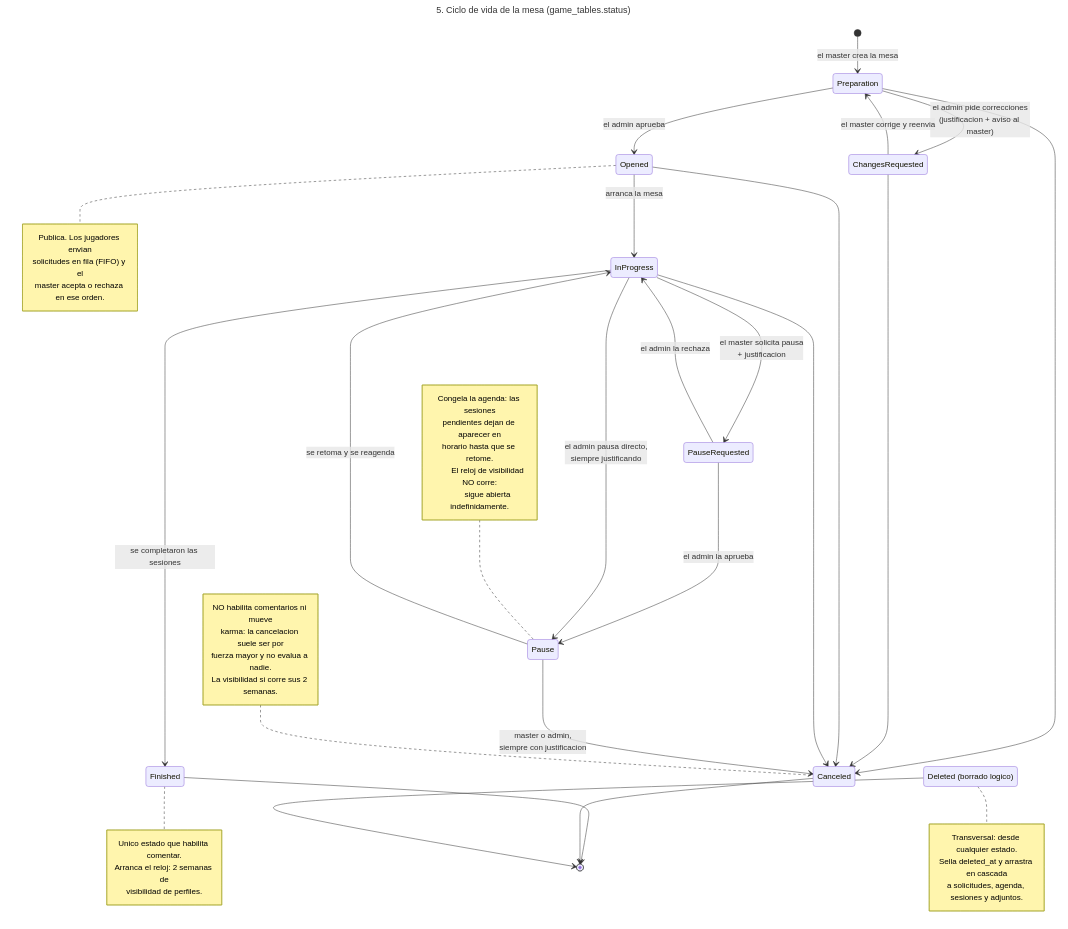
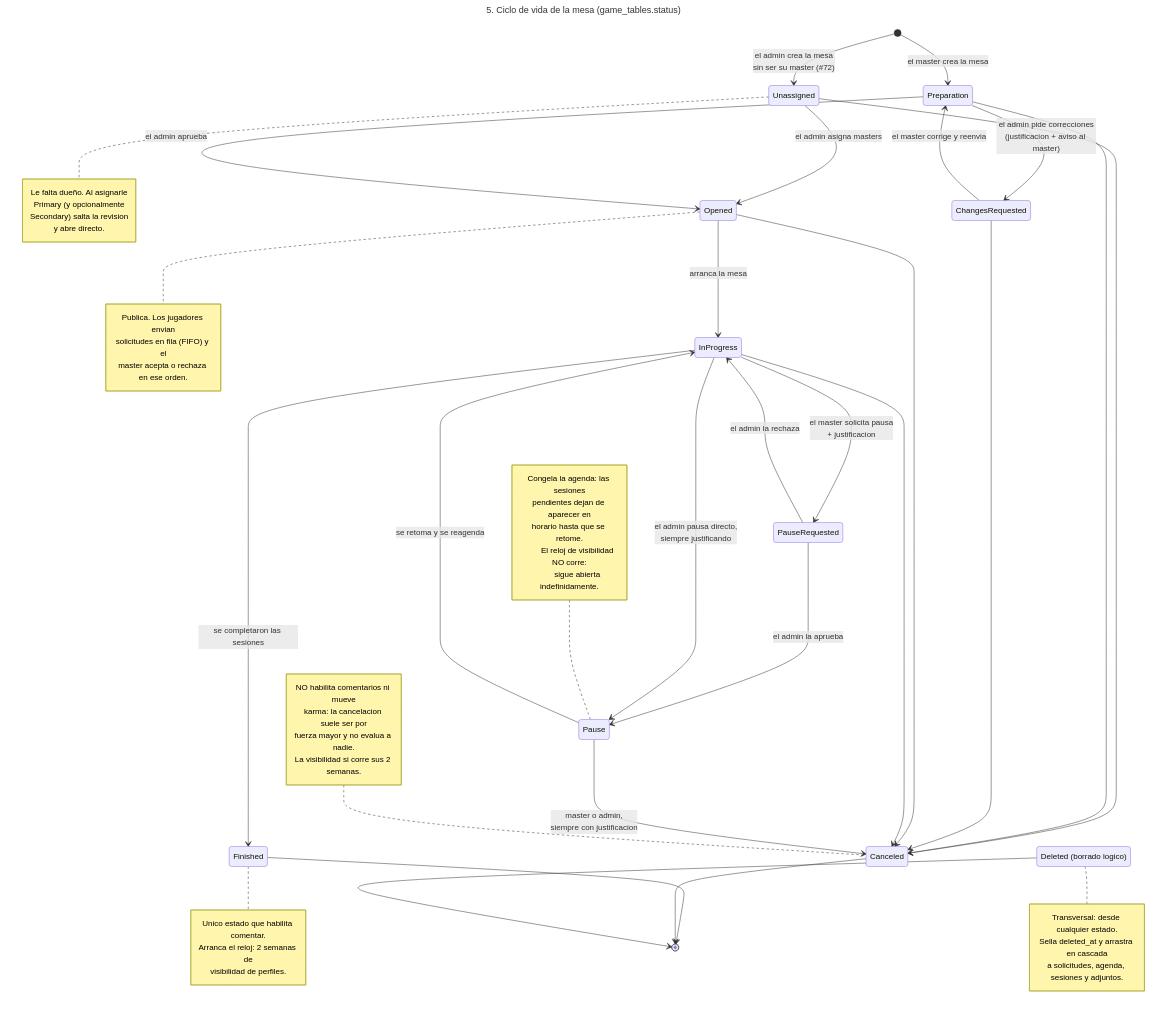
Before and after one commit to d4m14n257/CentralDungeon: the diagram in docs/diagramas/05-ciclo-mesa.mmd, drawn with Mermaid. The commit also changed 7 other files, not shown here.

```diff
--- a/docs/diagramas/05-ciclo-mesa.mmd
+++ b/docs/diagramas/05-ciclo-mesa.mmd
@@ -1,66 +1,77 @@
 ---
 title: 5. Ciclo de vida de la mesa (game_tables.status)
 ---
 stateDiagram-v2
     direction TB
 
     [*] --> Preparation : el master crea la mesa
+    [*] --> Unassigned : el admin crea la mesa<br/>sin ser su master (#72)
+
+    note right of Unassigned
+        Le falta dueño. Al asignarle
+        Primary (y opcionalmente
+        Secondary) salta la revision
+        y abre directo.
+    end note
+
+    Unassigned --> Opened : el admin asigna masters
 
     Preparation --> ChangesRequested : el admin pide correcciones<br/>(justificacion + aviso al master)
     ChangesRequested --> Preparation : el master corrige y reenvia
     Preparation --> Opened : el admin aprueba
 
     Opened --> InProgress : arranca la mesa
     note right of Opened
         Publica. Los jugadores envian
         solicitudes en fila (FIFO) y el
         master acepta o rechaza en ese orden.
     end note
 
     InProgress --> PauseRequested : el master solicita pausa<br/>+ justificacion
     PauseRequested --> Pause : el admin la aprueba
     PauseRequested --> InProgress : el admin la rechaza
     InProgress --> Pause : el admin pausa directo,<br/>siempre justificando
 
     Pause --> InProgress : se retoma y se reagenda
     note left of Pause
         Congela la agenda: las sesiones
         pendientes dejan de aparecer en
         horario hasta que se retome.
 
         El reloj de visibilidad NO corre:
         sigue abierta indefinidamente.
     end note
 
     InProgress --> Finished : se completaron las sesiones
 
     note right of Finished
         Unico estado que habilita comentar.
         Arranca el reloj: 2 semanas de
         visibilidad de perfiles.
     end note
 
+    Unassigned --> Canceled
     Preparation --> Canceled
     ChangesRequested --> Canceled
     Opened --> Canceled
     InProgress --> Canceled
     Pause --> Canceled : master o admin,<br/>siempre con justificacion
 
     note left of Canceled
         NO habilita comentarios ni mueve
         karma: la cancelacion suele ser por
         fuerza mayor y no evalua a nadie.
         La visibilidad si corre sus 2 semanas.
     end note
 
     Finished --> [*]
     Canceled --> [*]
 
     state "Deleted (borrado logico)" as Deleted
     Deleted --> [*]
 
     note right of Deleted
         Transversal: desde cualquier estado.
         Sella deleted_at y arrastra en cascada
         a solicitudes, agenda, sesiones y adjuntos.
     end note
```
